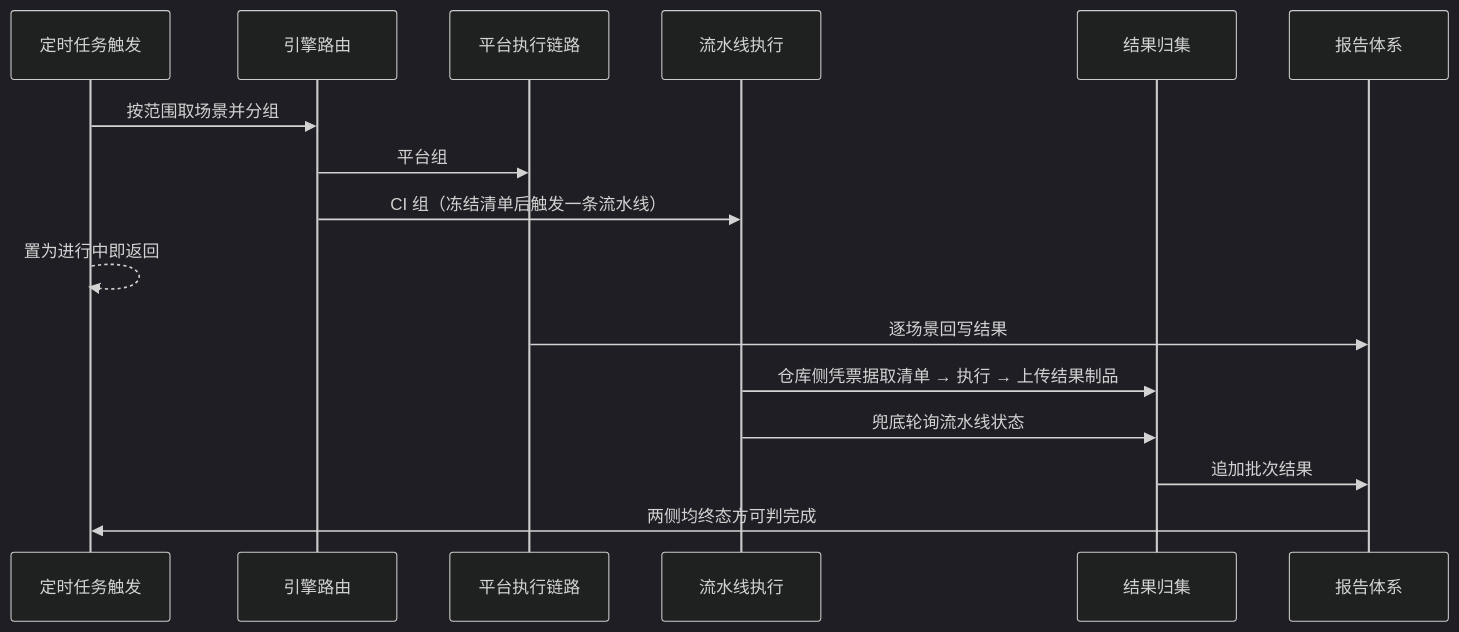
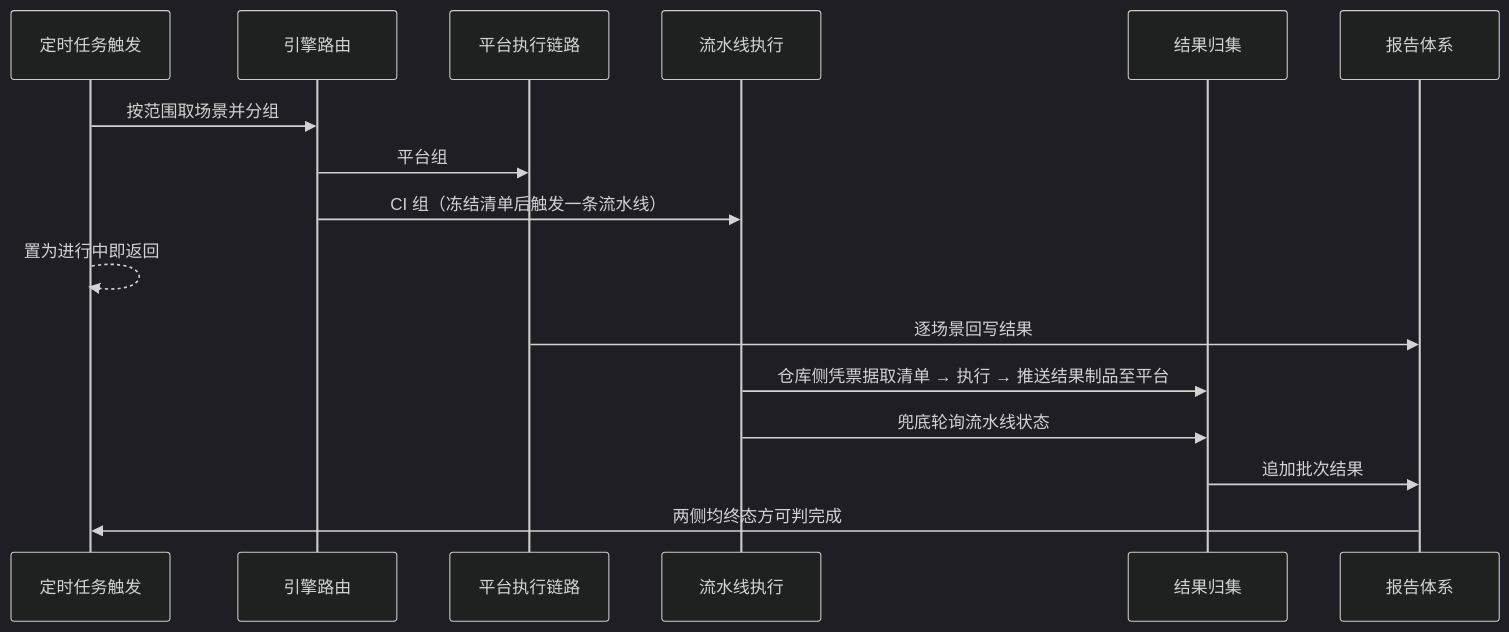
Before and after one commit to XiaoMiSum/robotest: the second of 3 diagrams in docs/02-high-level-design/05-api-testing/11-hld-api-gitlab-integration.md, drawn with Mermaid (dark theme). The commit also changed other lines of this file and 4 other files, not shown here.

````diff
--- a/docs/02-high-level-design/05-api-testing/11-hld-api-gitlab-integration.md
+++ b/docs/02-high-level-design/05-api-testing/11-hld-api-gitlab-integration.md
@@ -133,19 +133,19 @@
 ```mermaid
 sequenceDiagram
     participant T as 定时任务触发
     participant X as 引擎路由
     participant E as 平台执行链路
     participant P as 流水线执行
     participant C as 结果归集
     participant R as 报告体系
 
     T->>X: 按范围取场景并分组
     X->>E: 平台组
     X->>P: CI 组（冻结清单后触发一条流水线）
     T-->>T: 置为进行中即返回
     E->>R: 逐场景回写结果
-    P->>C: 仓库侧凭票据取清单 → 执行 → 上传结果制品
+    P->>C: 仓库侧凭票据取清单 → 执行 → 推送结果制品至平台
     P->>C: 兜底轮询流水线状态
     C->>R: 追加批次结果
     R->>T: 两侧均终态方可判完成
 ```
````
